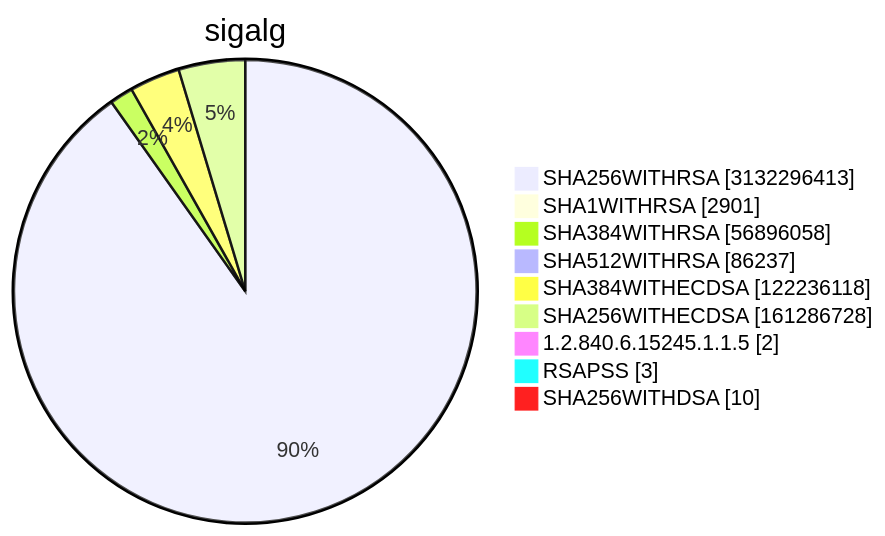
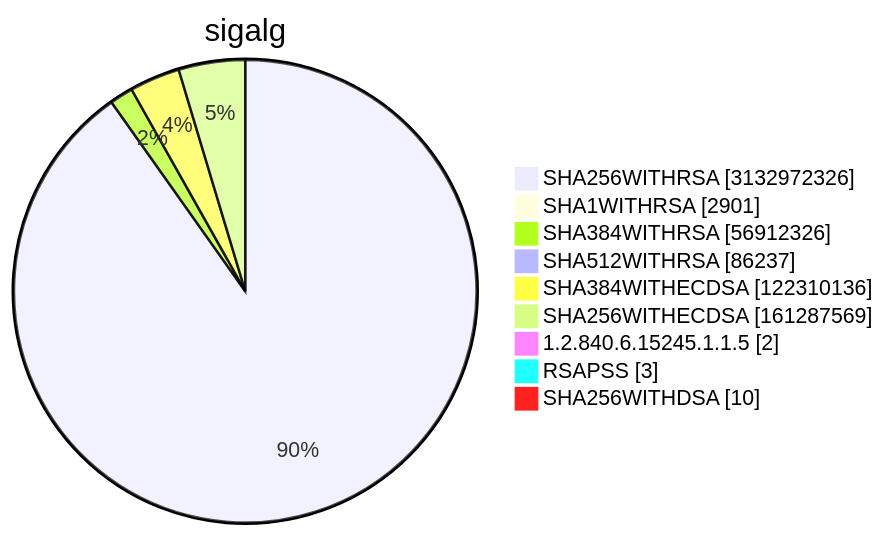
Diagram 15 of 15 in TOTAL/README.md (christiankrug/ctmonitor_visualization), drawn with Mermaid before and after one commit. The commit also changed other lines of this file, not shown here.

````diff
--- a/TOTAL/README.md
+++ b/TOTAL/README.md
@@ -6212,13 +6212,13 @@
 ```mermaid
 pie showData
 title sigalg
-"SHA256WITHRSA" :3132296413
+"SHA256WITHRSA" :3132972326
 "SHA1WITHRSA" :2901
-"SHA384WITHRSA" :56896058
+"SHA384WITHRSA" :56912326
 "SHA512WITHRSA" :86237
-"SHA384WITHECDSA" :122236118
-"SHA256WITHECDSA" :161286728
+"SHA384WITHECDSA" :122310136
+"SHA256WITHECDSA" :161287569
 "1.2.840.6.15245.1.1.5" :2
 "RSAPSS" :3
 "SHA256WITHDSA" :10
 ```
````
